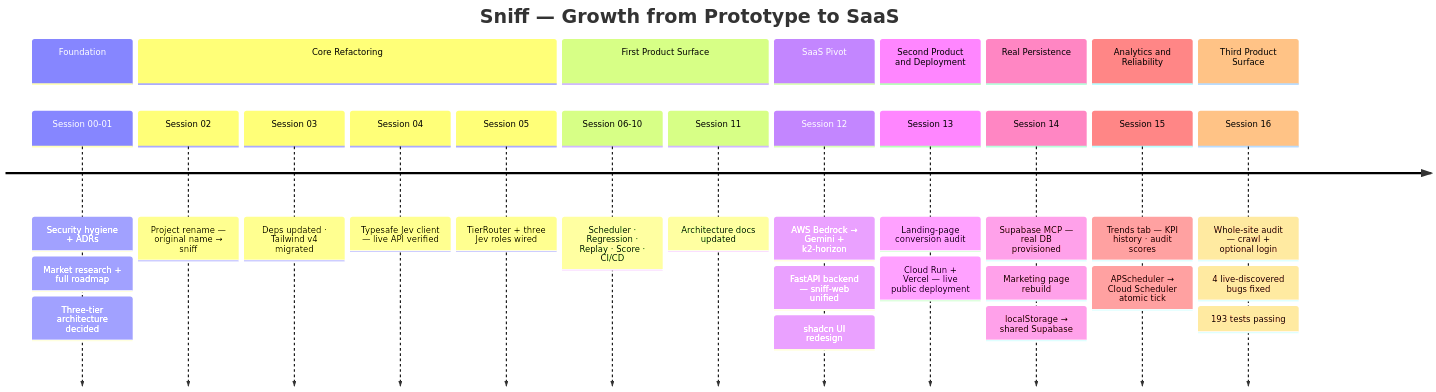
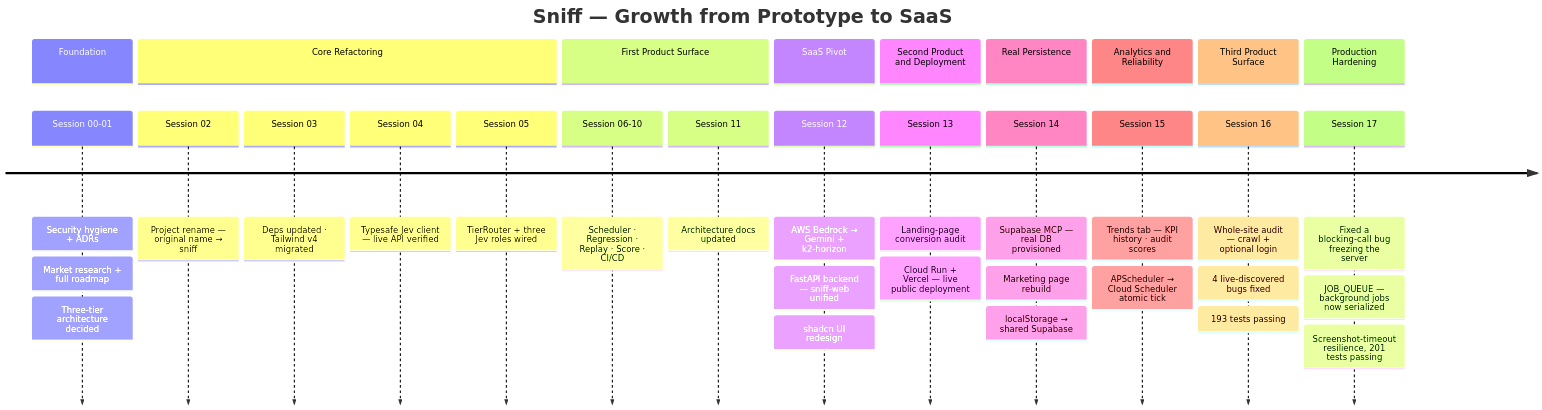
One commit to hatif03/sniff changed the seventh of 7 diagrams in README.md. Above: the diagram before and after it, drawn with Mermaid. The commit also changed other lines of this file and 6 other files, not shown here.

First line of the commit message:
Document session 17: blocking-call fix, job queue, screenshot resilience

````diff
--- a/README.md
+++ b/README.md
@@ -185,34 +185,38 @@
 ```mermaid
 timeline
     title Sniff — Growth from Prototype to SaaS
     section Foundation
         Session 00-01 : Security hygiene + ADRs
                       : Market research + full roadmap
                       : Three-tier architecture decided
     section Core Refactoring
         Session 02 : Project rename — original name → sniff
         Session 03 : Deps updated · Tailwind v4 migrated
         Session 04 : Typesafe Jev client — live API verified
         Session 05 : TierRouter + three Jev roles wired
     section First Product Surface
         Session 06-10 : Scheduler · Regression · Replay · Score · CI/CD
         Session 11 : Architecture docs updated
     section SaaS Pivot
         Session 12 : AWS Bedrock → Gemini + k2-horizon
                    : FastAPI backend — sniff-web unified
                    : shadcn UI redesign
     section Second Product and Deployment
         Session 13 : Landing-page conversion audit
                    : Cloud Run + Vercel — live public deployment
     section Real Persistence
         Session 14 : Supabase MCP — real DB provisioned
                    : Marketing page rebuild
                    : localStorage → shared Supabase
     section Analytics and Reliability
         Session 15 : Trends tab — KPI history · audit scores
                    : APScheduler → Cloud Scheduler atomic tick
     section Third Product Surface
         Session 16 : Whole-site audit — crawl + optional login
                    : 4 live-discovered bugs fixed
                    : 193 tests passing
+    section Production Hardening
+        Session 17 : Fixed a blocking-call bug freezing the server
+                   : JOB_QUEUE — background jobs now serialized
+                   : Screenshot-timeout resilience, 201 tests passing
 ```
````
